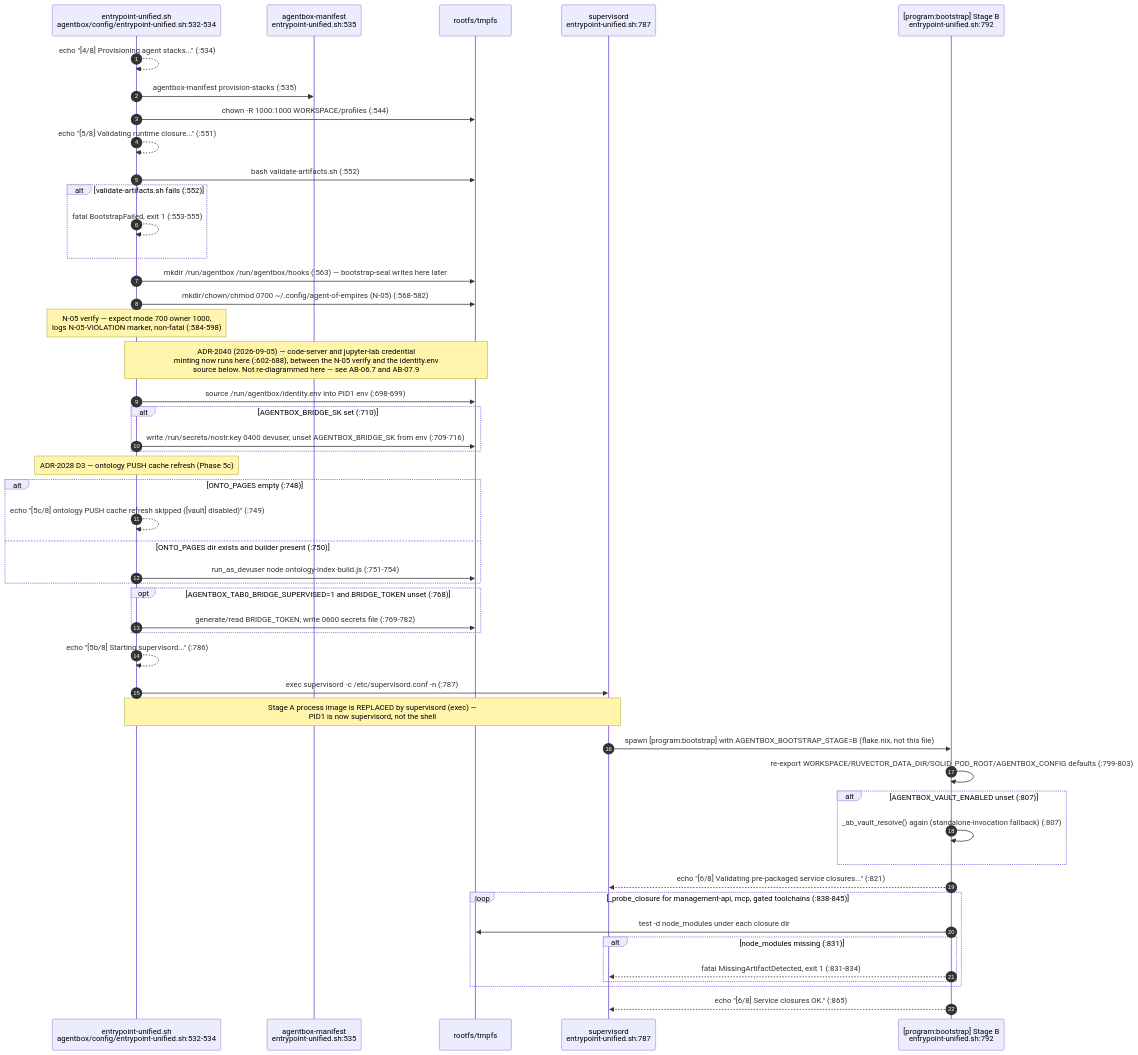
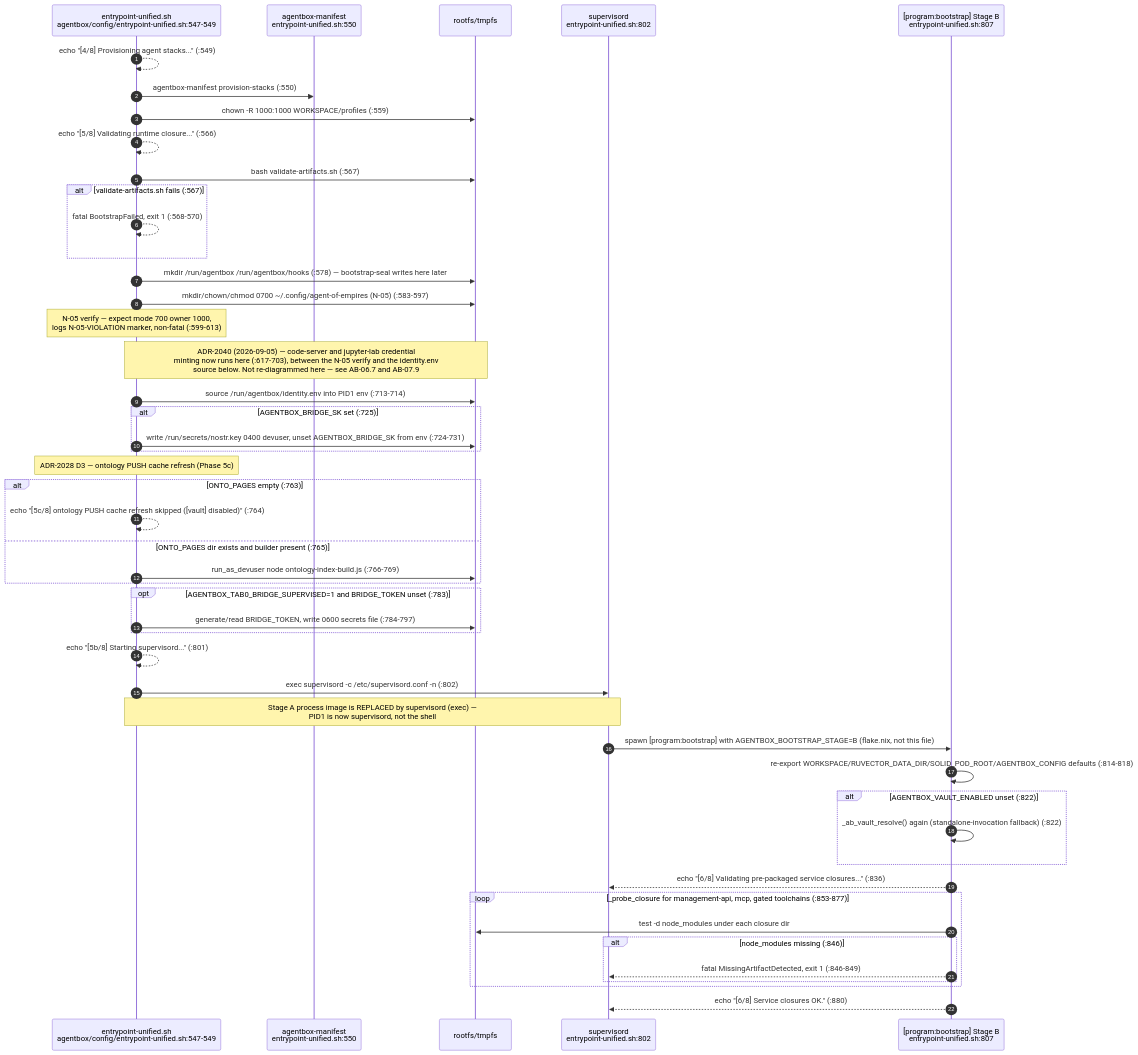
One commit to DreamLab-AI/VisionFlow changed the second of 23 diagrams in docs/diagrams/agentbox/02-boot-sequence-and-readiness.md. Above: the diagram before and after it, drawn with Mermaid. The commit also changed other lines of this file and 28 other files, not shown here.

````diff
--- a/docs/diagrams/agentbox/02-boot-sequence-and-readiness.md
+++ b/docs/diagrams/agentbox/02-boot-sequence-and-readiness.md
@@ -85,51 +92,51 @@
 ```mermaid
 sequenceDiagram
     autonumber
-    participant E as entrypoint-unified.sh<br/>agentbox/config/entrypoint-unified.sh:532-534
-    participant AM as agentbox-manifest<br/>entrypoint-unified.sh:535
+    participant E as entrypoint-unified.sh<br/>agentbox/config/entrypoint-unified.sh:547-549
+    participant AM as agentbox-manifest<br/>entrypoint-unified.sh:550
     participant FS as rootfs/tmpfs
-    participant SV as supervisord<br/>entrypoint-unified.sh:787
-    participant B as [program:bootstrap] Stage B<br/>entrypoint-unified.sh:792
+    participant SV as supervisord<br/>entrypoint-unified.sh:802
+    participant B as [program:bootstrap] Stage B<br/>entrypoint-unified.sh:807
 
-    E-->>E: echo "[4/8] Provisioning agent stacks..." (:534)
-    E->>AM: agentbox-manifest provision-stacks (:535)
-    E->>FS: chown -R 1000:1000 WORKSPACE/profiles (:544)
-    E-->>E: echo "[5/8] Validating runtime closure..." (:551)
-    E->>FS: bash validate-artifacts.sh (:552)
-    alt validate-artifacts.sh fails (:552)
-        E-->>E: fatal BootstrapFailed, exit 1 (:553-555)
+    E-->>E: echo "[4/8] Provisioning agent stacks..." (:549)
+    E->>AM: agentbox-manifest provision-stacks (:550)
+    E->>FS: chown -R 1000:1000 WORKSPACE/profiles (:559)
+    E-->>E: echo "[5/8] Validating runtime closure..." (:566)
+    E->>FS: bash validate-artifacts.sh (:567)
+    alt validate-artifacts.sh fails (:567)
+        E-->>E: fatal BootstrapFailed, exit 1 (:568-570)
     end
-    E->>FS: mkdir /run/agentbox /run/agentbox/hooks (:563) — bootstrap-seal writes here later
-    E->>FS: mkdir/chown/chmod 0700 ~/.config/agent-of-empires (N-05) (:568-582)
-    Note over E: N-05 verify — expect mode 700 owner 1000,<br/>logs N-05-VIOLATION marker, non-fatal (:584-598)
-    Note over E,FS: ADR-2040 (2026-09-05) — code-server and jupyter-lab credential<br/>minting now runs here (:602-688), between the N-05 verify and the identity.env<br/>source below. Not re-diagrammed here — see AB-06.7 and AB-07.9
-    E->>FS: source /run/agentbox/identity.env into PID1 env (:698-699)
-    alt AGENTBOX_BRIDGE_SK set (:710)
-        E->>FS: write /run/secrets/nostr.key 0400 devuser, unset AGENTBOX_BRIDGE_SK from env (:709-716)
+    E->>FS: mkdir /run/agentbox /run/agentbox/hooks (:578) — bootstrap-seal writes here later
+    E->>FS: mkdir/chown/chmod 0700 ~/.config/agent-of-empires (N-05) (:583-597)
+    Note over E: N-05 verify — expect mode 700 owner 1000,<br/>logs N-05-VIOLATION marker, non-fatal (:599-613)
+    Note over E,FS: ADR-2040 (2026-09-05) — code-server and jupyter-lab credential<br/>minting now runs here (:617-703), between the N-05 verify and the identity.env<br/>source below. Not re-diagrammed here — see AB-06.7 and AB-07.9
+    E->>FS: source /run/agentbox/identity.env into PID1 env (:713-714)
+    alt AGENTBOX_BRIDGE_SK set (:725)
+        E->>FS: write /run/secrets/nostr.key 0400 devuser, unset AGENTBOX_BRIDGE_SK from env (:724-731)
     end
     Note over E: ADR-2028 D3 — ontology PUSH cache refresh (Phase 5c)
-    alt ONTO_PAGES empty (:748)
-        E-->>E: echo "[5c/8] ontology PUSH cache refresh skipped ([vault] disabled)" (:749)
-    else ONTO_PAGES dir exists and builder present (:750)
-        E->>FS: run_as_devuser node ontology-index-build.js (:751-754)
+    alt ONTO_PAGES empty (:763)
+        E-->>E: echo "[5c/8] ontology PUSH cache refresh skipped ([vault] disabled)" (:764)
+    else ONTO_PAGES dir exists and builder present (:765)
+        E->>FS: run_as_devuser node ontology-index-build.js (:766-769)
     end
-    opt AGENTBOX_TAB0_BRIDGE_SUPERVISED=1 and BRIDGE_TOKEN unset (:768)
-        E->>FS: generate/read BRIDGE_TOKEN, write 0600 secrets file (:769-782)
+    opt AGENTBOX_TAB0_BRIDGE_SUPERVISED=1 and BRIDGE_TOKEN unset (:783)
+        E->>FS: generate/read BRIDGE_TOKEN, write 0600 secrets file (:784-797)
     end
-    E-->>E: echo "[5b/8] Starting supervisord..." (:786)
-    E->>SV: exec supervisord -c /etc/supervisord.conf -n (:787)
+    E-->>E: echo "[5b/8] Starting supervisord..." (:801)
+    E->>SV: exec supervisord -c /etc/supervisord.conf -n (:802)
     Note over E,SV: Stage A process image is REPLACED by supervisord (exec) —<br/>PID1 is now supervisord, not the shell
     SV->>B: spawn [program:bootstrap] with AGENTBOX_BOOTSTRAP_STAGE=B (flake.nix, not this file)
-    B->>B: re-export WORKSPACE/RUVECTOR_DATA_DIR/SOLID_POD_ROOT/AGENTBOX_CONFIG defaults (:799-803)
-    alt AGENTBOX_VAULT_ENABLED unset (:807)
-        B->>B: _ab_vault_resolve() again (standalone-invocation fallback) (:807)
+    B->>B: re-export WORKSPACE/RUVECTOR_DATA_DIR/SOLID_POD_ROOT/AGENTBOX_CONFIG defaults (:814-818)
+    alt AGENTBOX_VAULT_ENABLED unset (:822)
+        B->>B: _ab_vault_resolve() again (standalone-invocation fallback) (:822)
     end
-    B-->>SV: echo "[6/8] Validating pre-packaged service closures..." (:821)
-    loop _probe_closure for management-api, mcp, gated toolchains (:838-845)
+    B-->>SV: echo "[6/8] Validating pre-packaged service closures..." (:836)
+    loop _probe_closure for management-api, mcp, gated toolchains (:853-877)
         B->>FS: test -d node_modules under each closure dir
-        alt node_modules missing (:831)
-            B-->>SV: fatal MissingArtifactDetected, exit 1 (:831-834)
+        alt node_modules missing (:846)
+            B-->>SV: fatal MissingArtifactDetected, exit 1 (:846-849)
         end
     end
-    B-->>SV: echo "[6/8] Service closures OK." (:865)
+    B-->>SV: echo "[6/8] Service closures OK." (:880)
 ```
````
